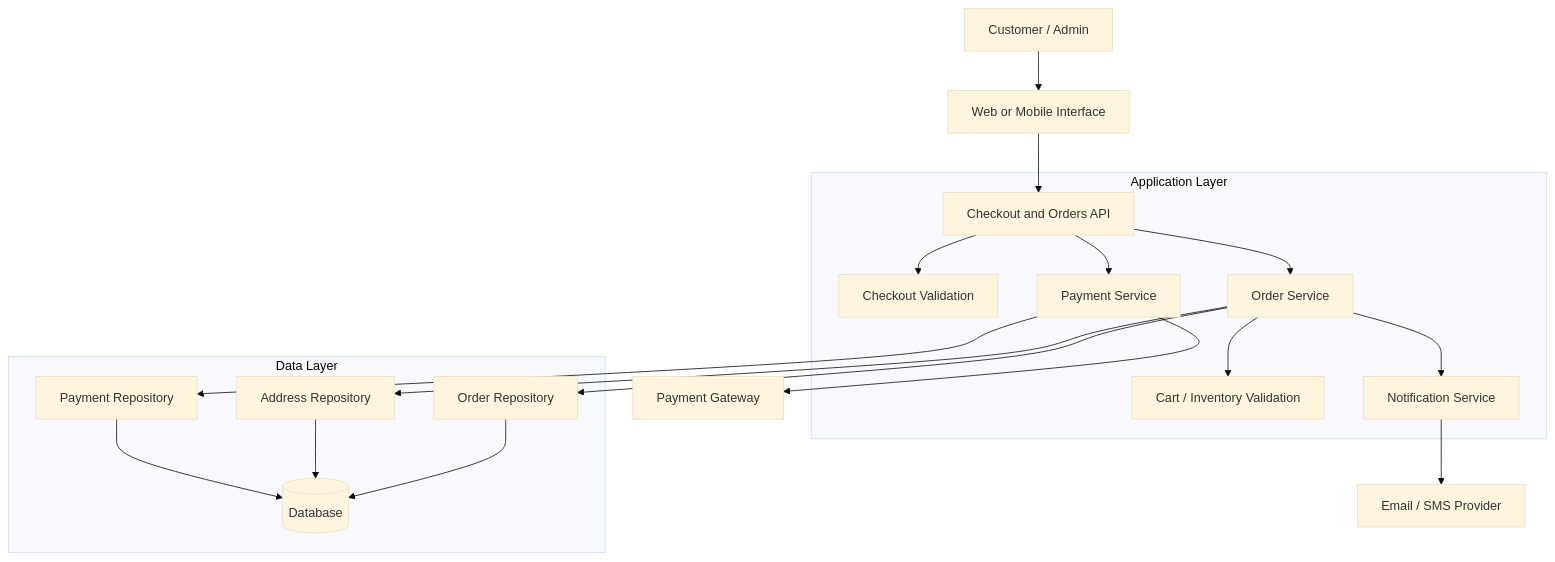
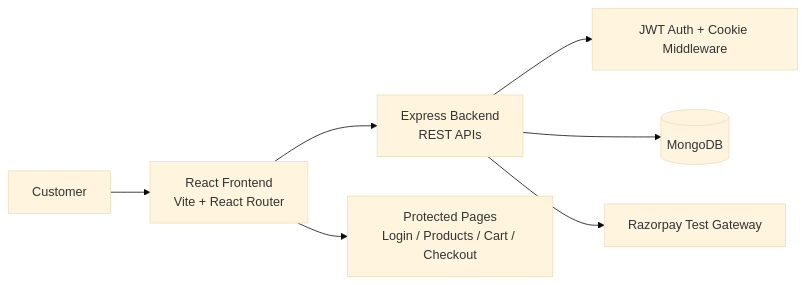
One commit to YASHK-arch/ShopKart-BEL changed the first of 3 diagrams in README.md. Above: the diagram before and after it, drawn with Mermaid (base theme). The commit also changed other lines of this file and 3 other files, not shown here.

````diff
--- a/README.md
+++ b/README.md
@@ -23,22 +24,9 @@
 ```mermaid
-flowchart TB
-    U[Customer / Admin] --> UI[Web or Mobile Interface]
-    UI --> API[Checkout and Orders API]
-    subgraph APP[Application Layer]
-        API --> CV[Checkout Validation]
-        API --> OS[Order Service]
-        API --> PS[Payment Service]
-        OS --> IS[Cart / Inventory Validation]
-        OS --> NS[Notification Service]
-    end
-    subgraph DATA[Data Layer]
-        OS --> OR[Order Repository]
-        OS --> AR[Address Repository]
-        PS --> PR[Payment Repository]
-        OR --> DB[(Database)]
-        AR --> DB
-        PR --> DB
-    end
-    PS --> PG[Payment Gateway]
-    NS --> CH[Email / SMS Provider]
+flowchart LR
+    U[Customer] --> UI[React Frontend\nVite + React Router]
+    UI --> API[Express Backend\nREST APIs]
+    API --> AUTH[JWT Auth + Cookie Middleware]
+    API --> DB[(MongoDB)]
+    API --> RZ[Razorpay Test Gateway]
+    UI --> P[Protected Pages\nLogin / Products / Cart / Checkout]
 ```
````
